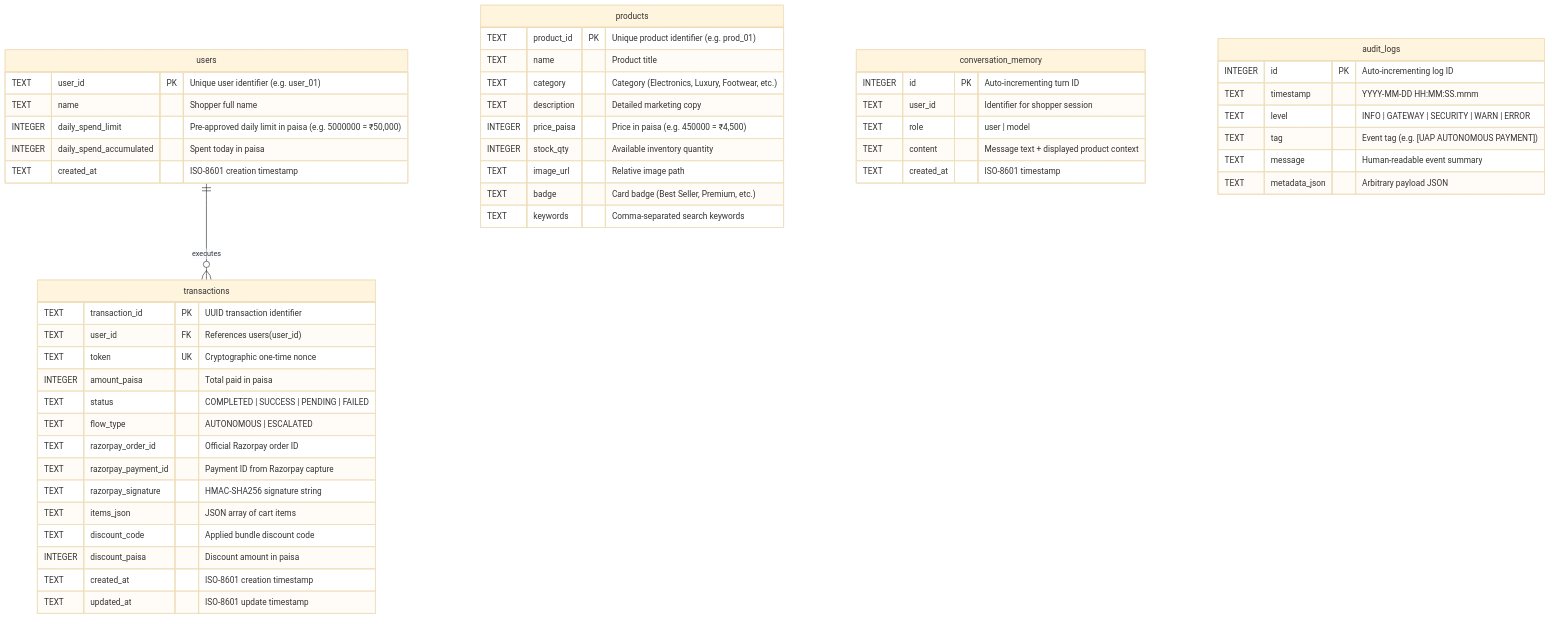
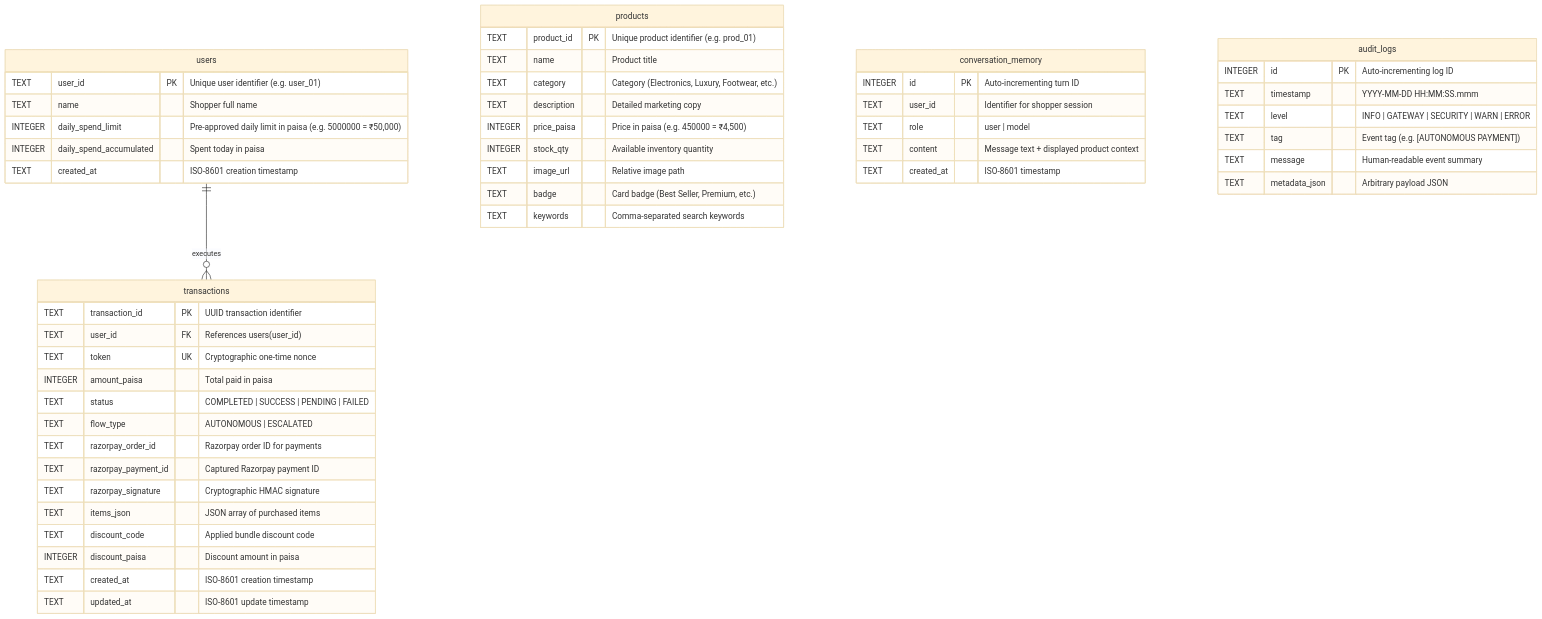
One commit to krishna016agarwal/Agentic_Commerce changed the fifth of 5 diagrams in README.md. Above: the diagram before and after it, drawn with Mermaid (base theme). The commit also changed other lines of this file and 10 other files, not shown here.

````diff
--- a/README.md
+++ b/README.md
@@ -237,58 +240,58 @@
 ```mermaid
 erDiagram
     users {
         TEXT user_id PK "Unique user identifier (e.g. user_01)"
         TEXT name "Shopper full name"
         INTEGER daily_spend_limit "Pre-approved daily limit in paisa (e.g. 5000000 = ₹50,000)"
         INTEGER daily_spend_accumulated "Spent today in paisa"
         TEXT created_at "ISO-8601 creation timestamp"
     }
 
     products {
         TEXT product_id PK "Unique product identifier (e.g. prod_01)"
         TEXT name "Product title"
         TEXT category "Category (Electronics, Luxury, Footwear, etc.)"
         TEXT description "Detailed marketing copy"
         INTEGER price_paisa "Price in paisa (e.g. 450000 = ₹4,500)"
         INTEGER stock_qty "Available inventory quantity"
         TEXT image_url "Relative image path"
         TEXT badge "Card badge (Best Seller, Premium, etc.)"
         TEXT keywords "Comma-separated search keywords"
     }
 
     transactions {
         TEXT transaction_id PK "UUID transaction identifier"
         TEXT user_id FK "References users(user_id)"
         TEXT token UK "Cryptographic one-time nonce"
         INTEGER amount_paisa "Total paid in paisa"
         TEXT status "COMPLETED | SUCCESS | PENDING | FAILED"
         TEXT flow_type "AUTONOMOUS | ESCALATED"
-        TEXT razorpay_order_id "Official Razorpay order ID"
-        TEXT razorpay_payment_id "Payment ID from Razorpay capture"
-        TEXT razorpay_signature "HMAC-SHA256 signature string"
-        TEXT items_json "JSON array of cart items"
+        TEXT razorpay_order_id "Razorpay order ID for payments"
+        TEXT razorpay_payment_id "Captured Razorpay payment ID"
+        TEXT razorpay_signature "Cryptographic HMAC signature"
+        TEXT items_json "JSON array of purchased items"
         TEXT discount_code "Applied bundle discount code"
         INTEGER discount_paisa "Discount amount in paisa"
         TEXT created_at "ISO-8601 creation timestamp"
         TEXT updated_at "ISO-8601 update timestamp"
     }
 
     conversation_memory {
         INTEGER id PK "Auto-incrementing turn ID"
         TEXT user_id "Identifier for shopper session"
         TEXT role "user | model"
         TEXT content "Message text + displayed product context"
         TEXT created_at "ISO-8601 timestamp"
     }
 
     audit_logs {
         INTEGER id PK "Auto-incrementing log ID"
         TEXT timestamp "YYYY-MM-DD HH:MM:SS.mmm"
         TEXT level "INFO | GATEWAY | SECURITY | WARN | ERROR"
-        TEXT tag "Event tag (e.g. [UAP AUTONOMOUS PAYMENT])"
+        TEXT tag "Event tag (e.g. [AUTONOMOUS PAYMENT])"
         TEXT message "Human-readable event summary"
         TEXT metadata_json "Arbitrary payload JSON"
     }
 
     users ||--o{ transactions : "executes"
 ```
````
